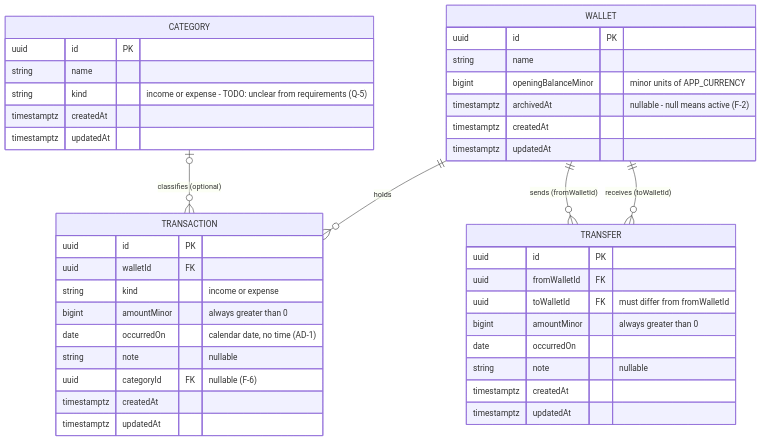
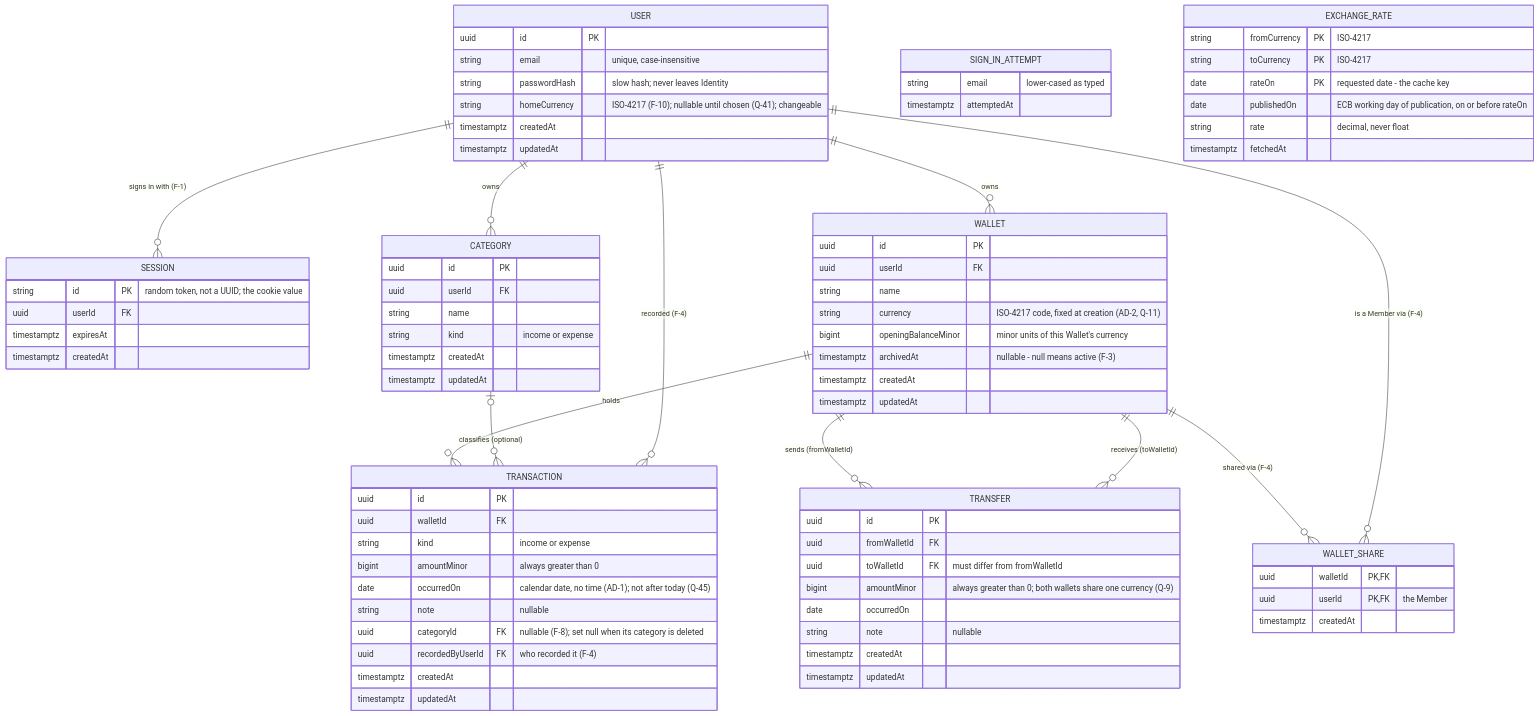
The diagram in docs/ERD.md (Thammasok/money-management), drawn with Mermaid before and after one commit. The commit also changed other lines of this file and 6 other files, not shown here.

````diff
--- a/docs/ERD.md
+++ b/docs/ERD.md
@@ -7,48 +9,103 @@
 ```mermaid
 erDiagram
+    USER ||--o{ SESSION : "signs in with (F-1)"
+    USER ||--o{ WALLET : "owns"
+
+    %% owned by F-1 (Identity-internal); 30-day sliding expiry, deleted on sign-out (Q-28)
+    SESSION {
+        string id PK "random token, not a UUID; the cookie value"
+        uuid userId FK
+        timestamptz expiresAt
+        timestamptz createdAt
+    }
+
+    %% owned by F-1 (Identity-internal) - one row per failed sign-in (Q-32); no id, no FK to USER
+    %% (unknown emails are counted too); the 10th failure in 15 min pauses the email for a fixed 15 min (429, Q-42);
+    %% attempts refused during the pause are not stored; a successful sign-in deletes the email's rows
+    SIGN_IN_ATTEMPT {
+        string email "lower-cased as typed"
+        timestamptz attemptedAt
+    }
+    USER ||--o{ CATEGORY : "owns"
     WALLET ||--o{ TRANSACTION : "holds"
     CATEGORY |o--o{ TRANSACTION : "classifies (optional)"
     WALLET ||--o{ TRANSFER : "sends (fromWalletId)"
     WALLET ||--o{ TRANSFER : "receives (toWalletId)"
+    WALLET ||--o{ WALLET_SHARE : "shared via (F-4)"
+    USER ||--o{ WALLET_SHARE : "is a Member via (F-4)"
+    USER ||--o{ TRANSACTION : "recorded (F-4)"
 
-    %% owned by F-1; archivedAt added by F-2
-    WALLET {
+    %% owned by F-4 - per-Wallet sharing with individual Users, one Member role (Q-15 to Q-17); no id, key (walletId, userId)
+    WALLET_SHARE {
+        uuid walletId PK, FK
+        uuid userId PK, FK "the Member"
+        timestamptz createdAt
+    }
+
+    %% owned by F-10 - cached Frankfurter rates (Q-22, Q-38); no id, key (fromCurrency, toCurrency, rateOn); AD-3
+    %% rateOn is the requested date; the rate is the latest published on or before it;
+    %% a row is stored only when publishedOn = rateOn or rateOn is more than 1 day before the server date (Q-44)
+    EXCHANGE_RATE {
+        string fromCurrency PK "ISO-4217"
+        string toCurrency PK "ISO-4217"
+        date rateOn PK "requested date - the cache key"
+        date publishedOn "ECB working day of publication, on or before rateOn"
+        string rate "decimal, never float"
+        timestamptz fetchedAt
+    }
+
+    %% owned by F-1 (Sign Up and Sign In); homeCurrency added by F-10
+    USER {
         uuid id PK
-        string name
-        bigint openingBalanceMinor "minor units of APP_CURRENCY"
-        timestamptz archivedAt "nullable - null means active (F-2)"
+        string email "unique, case-insensitive"
+        string passwordHash "slow hash; never leaves Identity"
+        string homeCurrency "ISO-4217 (F-10); nullable until chosen (Q-41); changeable"
         timestamptz createdAt
         timestamptz updatedAt
     }
 
-    %% owned by F-1; edited/deleted by F-3; categoryId added by F-6
+    %% owned by F-2; archivedAt added by F-3
+    WALLET {
+        uuid id PK
+        uuid userId FK
+        string name
+        string currency "ISO-4217 code, fixed at creation (AD-2, Q-11)"
+        bigint openingBalanceMinor "minor units of this Wallet's currency"
+        timestamptz archivedAt "nullable - null means active (F-3)"
+        timestamptz createdAt
+        timestamptz updatedAt
+    }
+
+    %% owned by F-2; edited/deleted by F-5; categoryId added by F-8
     TRANSACTION {
         uuid id PK
         uuid walletId FK
         string kind "income or expense"
         bigint amountMinor "always greater than 0"
-        date occurredOn "calendar date, no time (AD-1)"
+        date occurredOn "calendar date, no time (AD-1); not after today (Q-45)"
         string note "nullable"
-        uuid categoryId FK "nullable (F-6)"
+        uuid categoryId FK "nullable (F-8); set null when its category is deleted"
+        uuid recordedByUserId FK "who recorded it (F-4)"
         timestamptz createdAt
         timestamptz updatedAt
     }
 
-    %% owned by F-6
+    %% owned by F-8
     CATEGORY {
         uuid id PK
+        uuid userId FK
         string name
-        string kind "income or expense - TODO: unclear from requirements (Q-5)"
+        string kind "income or expense"
         timestamptz createdAt
         timestamptz updatedAt
     }
 
-    %% owned by F-7
+    %% owned by F-9
     TRANSFER {
         uuid id PK
         uuid fromWalletId FK
         uuid toWalletId FK "must differ from fromWalletId"
-        bigint amountMinor "always greater than 0"
+        bigint amountMinor "always greater than 0; both wallets share one currency (Q-9)"
         date occurredOn
         string note "nullable"
         timestamptz createdAt
````
